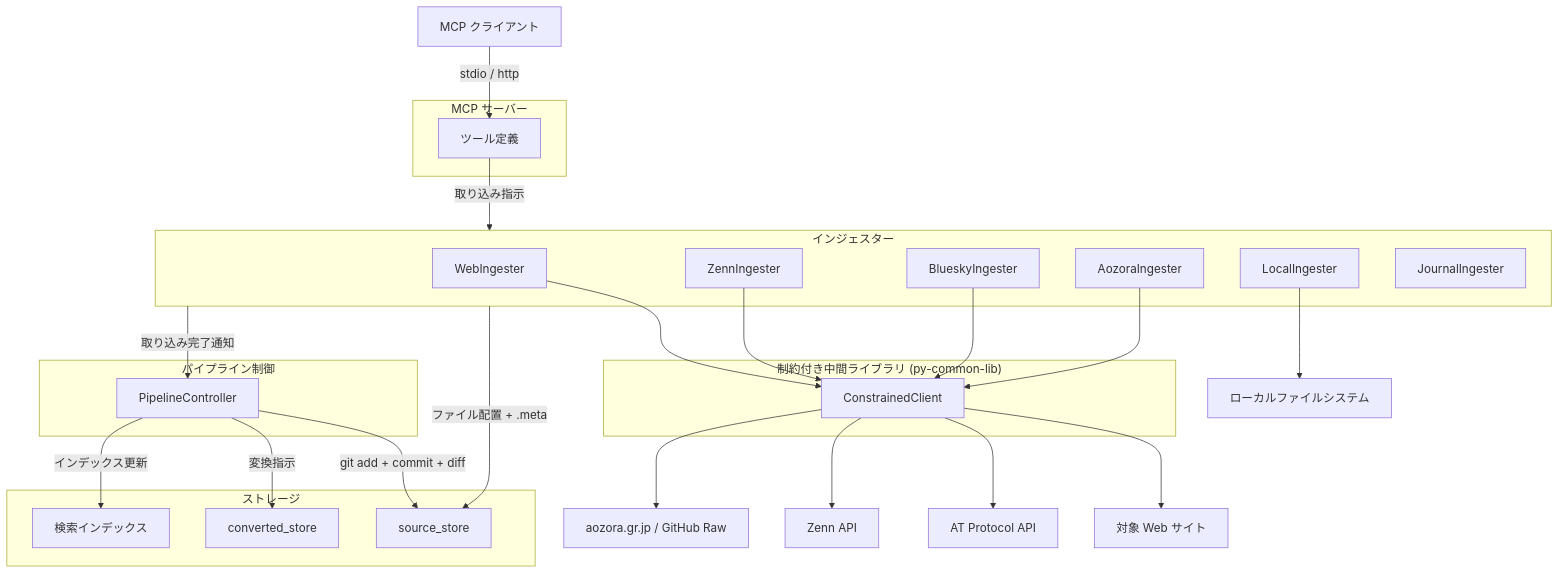
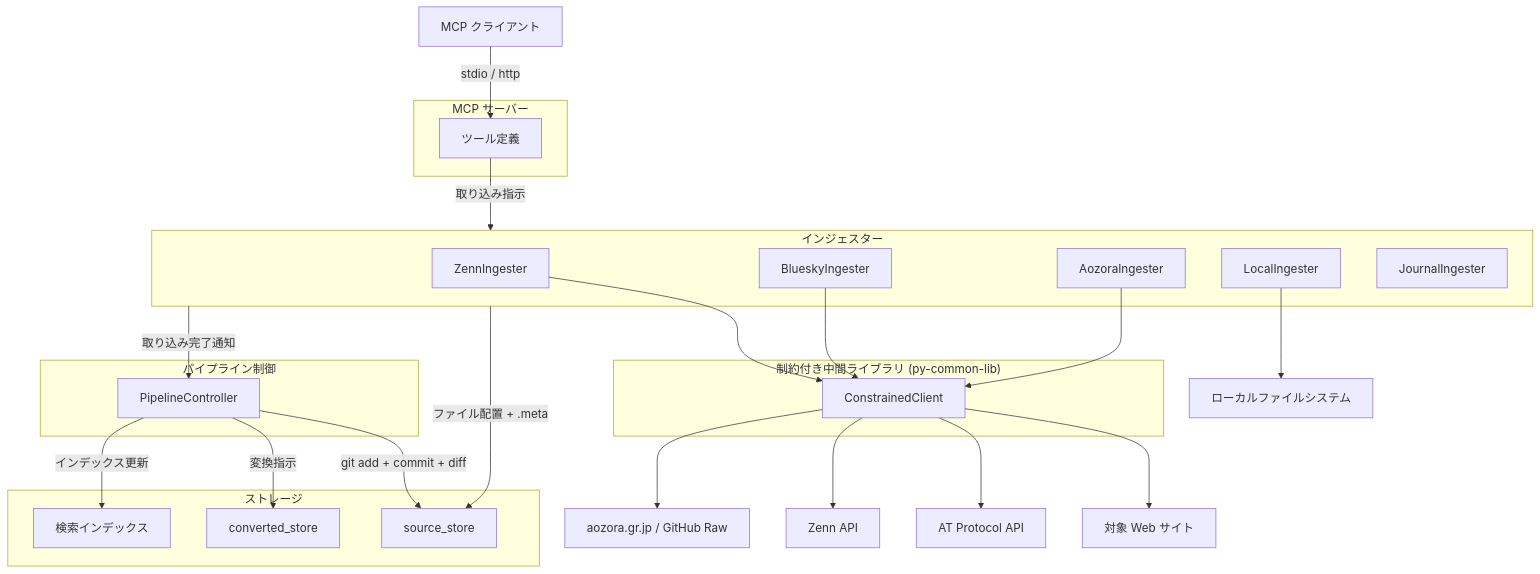
The diagram in docs/specs/ingesters/common.md (becky3/rag-knowledge), drawn with Mermaid before and after one commit. The commit also changed other lines of this file and 28 other files, not shown here.

First line of the commit message:
feat(site-ingest): 複数 URL 対応 + WebIngester 全削除 + BlueSky 移行 (#483)

````diff
--- a/docs/specs/ingesters/common.md
+++ b/docs/specs/ingesters/common.md
@@ -128,54 +127,52 @@
 ```mermaid
 flowchart TB
     CLIENT["MCP クライアント"]
 
     subgraph MCP["MCP サーバー"]
         TOOLS["ツール定義"]
     end
 
     subgraph Pipeline["パイプライン制御"]
         PC["PipelineController"]
     end
 
     subgraph Ingesters["インジェスター"]
-        WING["WebIngester"]
         ZING["ZennIngester"]
         BING["BlueskyIngester"]
         AING["AozoraIngester"]
         DING["LocalIngester"]
         JING["JournalIngester"]
     end
 
     subgraph Safety["制約付き中間ライブラリ (py-common-lib)"]
         CC["ConstrainedClient"]
     end
 
     subgraph Storage["ストレージ"]
         SS["source_store"]
         CONV["converted_store"]
         IDX["検索インデックス"]
     end
 
     WEB["対象 Web サイト"]
     AT_API["AT Protocol API"]
     ZENN_API["Zenn API"]
     FS["ローカルファイルシステム"]
 
     CLIENT -->|stdio / http| TOOLS
     TOOLS -->|取り込み指示| Ingesters
-    WING --> CC
     ZING --> CC
     BING --> CC
     CC --> WEB
     CC --> AT_API
     CC --> ZENN_API
     AING --> CC
     CC --> AOZORA["aozora.gr.jp / GitHub Raw"]
     DING --> FS
 
     Ingesters -->|ファイル配置 + .meta| SS
     Ingesters -->|取り込み完了通知| PC
     PC -->|git add + commit + diff| SS
     PC -->|変換指示| CONV
     PC -->|インデックス更新| IDX
 ```
````
